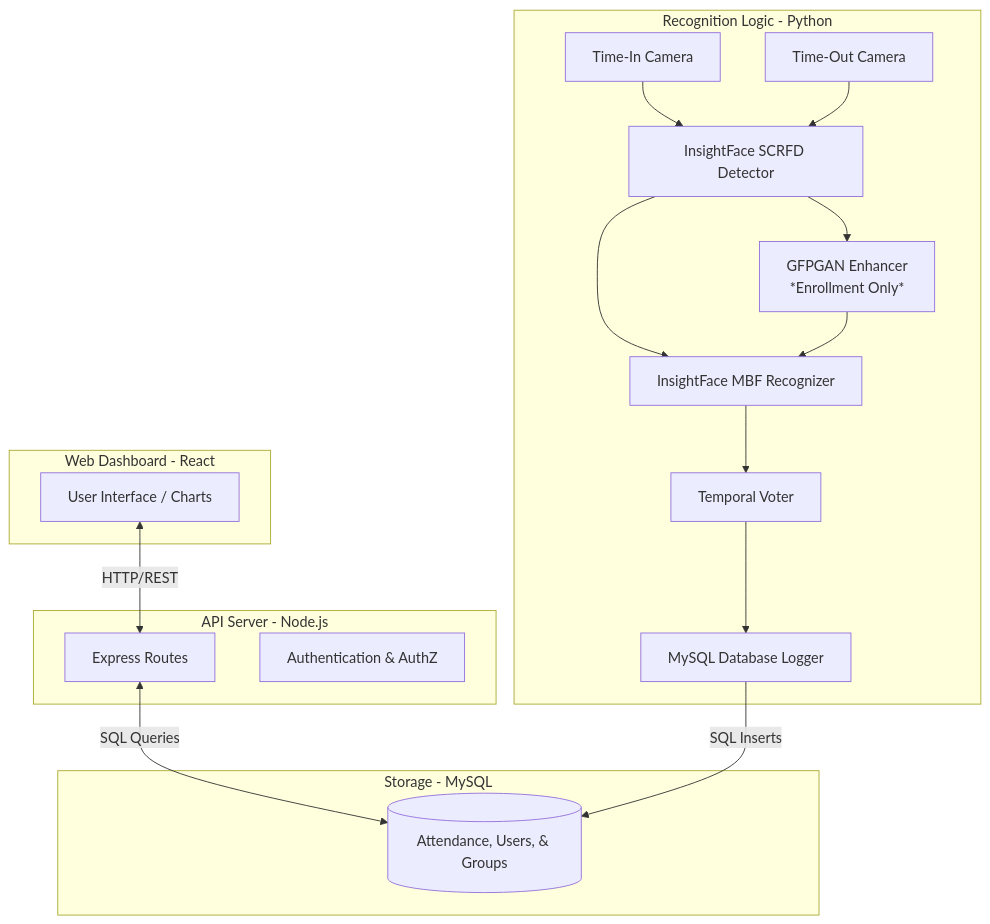
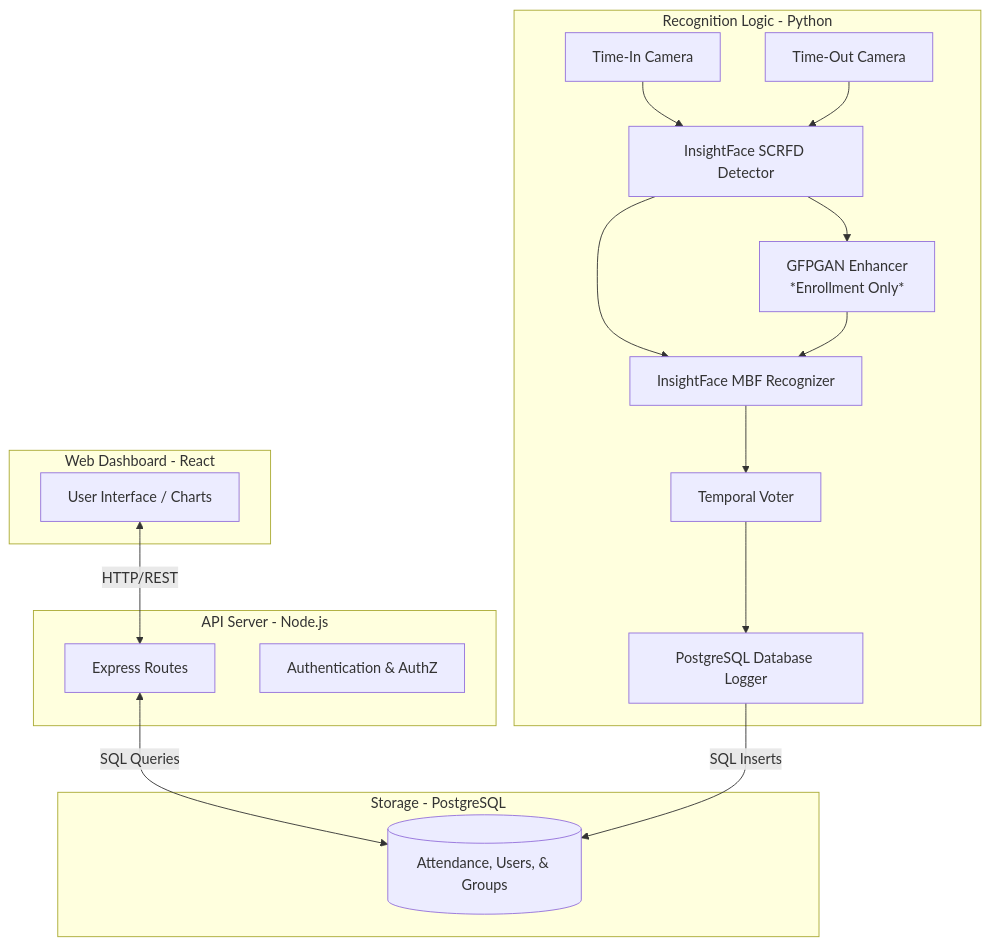
Before and after one commit to whayneGrageda/Facial_Recognition_Capstone: the first of 2 diagrams in README.md, drawn with Mermaid. The commit also changed other lines of this file, not shown here.

````diff
--- a/README.md
+++ b/README.md
@@ -27,29 +47,29 @@
 ```mermaid
 flowchart TD
     subgraph Frontend [Web Dashboard - React]
         UI[User Interface / Charts]
     end
     
     subgraph Backend [API Server - Node.js]
         API[Express Routes]
         Auth[Authentication & AuthZ]
     end
     
     subgraph AI_Engine [Recognition Logic - Python]
         Cam1[Time-In Camera] --> Det[InsightFace SCRFD Detector]
         Cam2[Time-Out Camera] --> Det
         Det --> Enh[GFPGAN Enhancer<br/>*Enrollment Only*]
         Det --> Rec[InsightFace MBF Recognizer]
         Enh --> Rec
         Rec --> Vote[Temporal Voter]
-        Vote --> Logger[MySQL Database Logger]
+        Vote --> Logger[PostgreSQL Database Logger]
     end
     
-    subgraph Database [Storage - MySQL]
+    subgraph Database [Storage - PostgreSQL]
         DB[(Attendance, Users, & Groups)]
     end
     
     UI <-->|HTTP/REST| API
     API <-->|SQL Queries| DB
     Logger -->|SQL Inserts| DB
 ```
````
